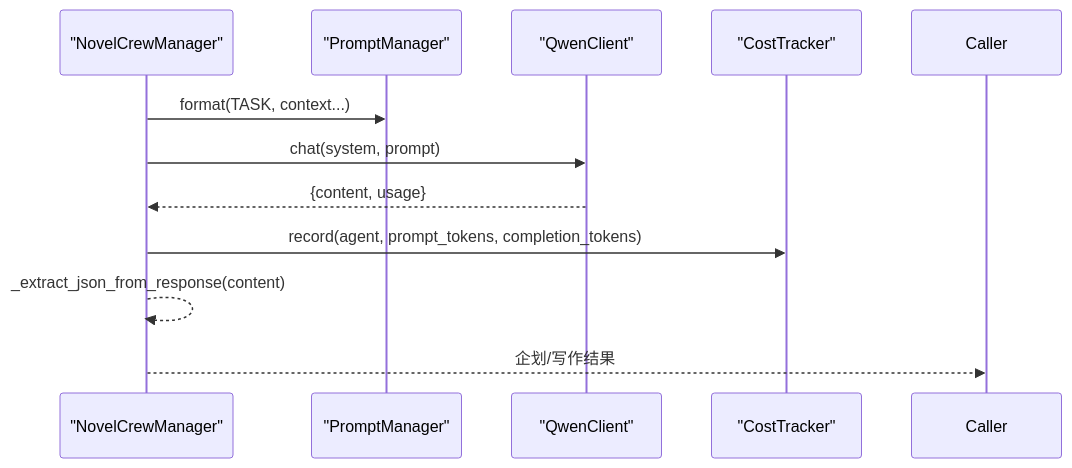
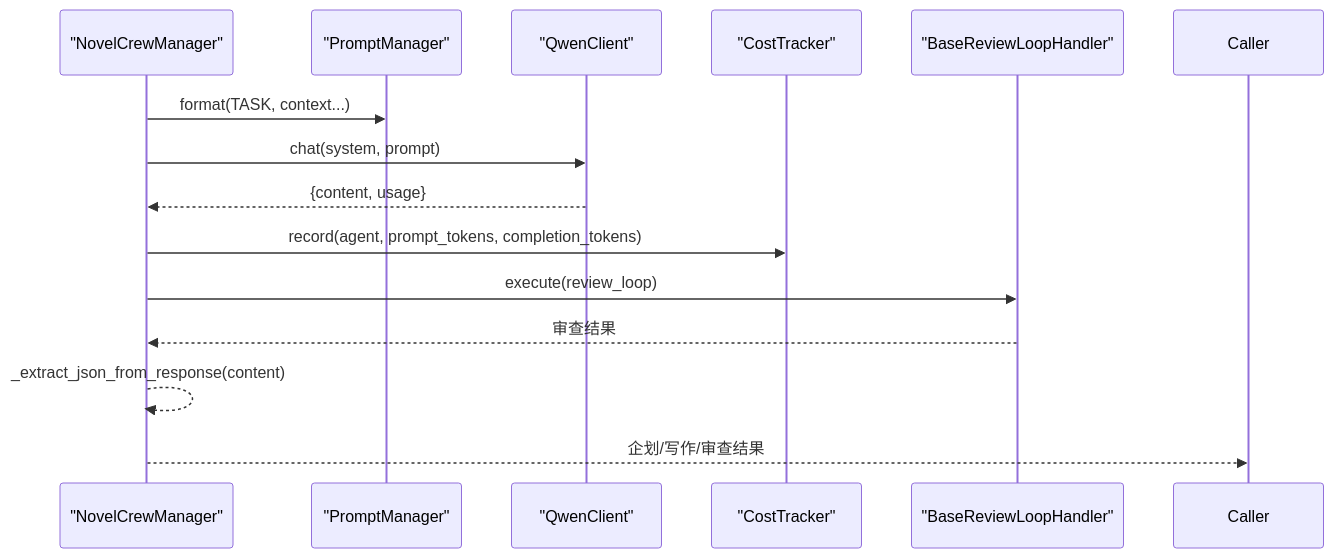
One commit to xfbyxq/ai-novel-system changed the eighth of 10 diagrams in .qoder/repowiki/zh/content/AI智能体系统/AI智能体系统.md. Above: the diagram before and after it, drawn with Mermaid. The commit also changed other lines of this file and 10 other files, not shown here.

````diff
--- a/.qoder/repowiki/zh/content/AI智能体系统/AI智能体系统.md
+++ b/.qoder/repowiki/zh/content/AI智能体系统/AI智能体系统.md
@@ -176,13 +498,16 @@
 ```mermaid
 sequenceDiagram
 participant CM as "NovelCrewManager"
 participant PM as "PromptManager"
 participant Qwen as "QwenClient"
 participant CT as "CostTracker"
+participant BR as "BaseReviewLoopHandler"
 CM->>PM : format(TASK, context...)
 CM->>Qwen : chat(system, prompt)
 Qwen-->>CM : {content, usage}
 CM->>CT : record(agent, prompt_tokens, completion_tokens)
+CM->>BR : execute(review_loop)
+BR-->>CM : 审查结果
 CM-->>CM : _extract_json_from_response(content)
-CM-->>Caller : 企划/写作结果
+CM-->>Caller : 企划/写作/审查结果
 ```
````
